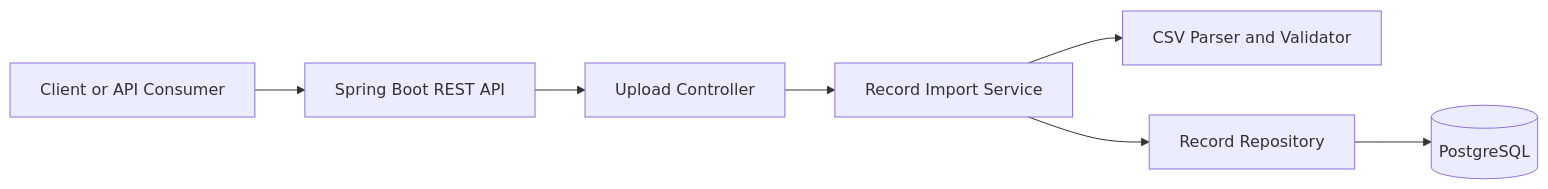
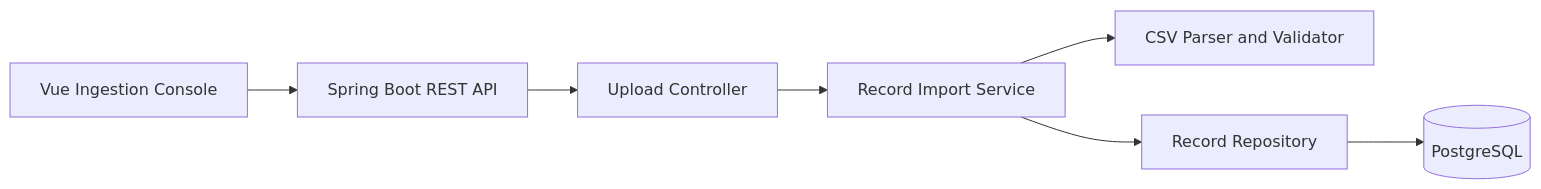
One commit to richardwaters9049/Data-Platform changed the first of 3 diagrams in README.md. Above: the diagram before and after it, drawn with Mermaid. The commit also changed other lines of this file and 19 other files, not shown here.

````diff
--- a/README.md
+++ b/README.md
@@ -110,17 +114,17 @@
 ```mermaid
 flowchart LR
-    client["Client or API Consumer"]
+    client["Vue Ingestion Console"]
     api["Spring Boot REST API"]
     controller["Upload Controller"]
     service["Record Import Service"]
     parser["CSV Parser and Validator"]
     repo["Record Repository"]
     postgres[("PostgreSQL")]
 
     client --> api
     api --> controller
     controller --> service
     service --> parser
     service --> repo
     repo --> postgres
 ```
````
